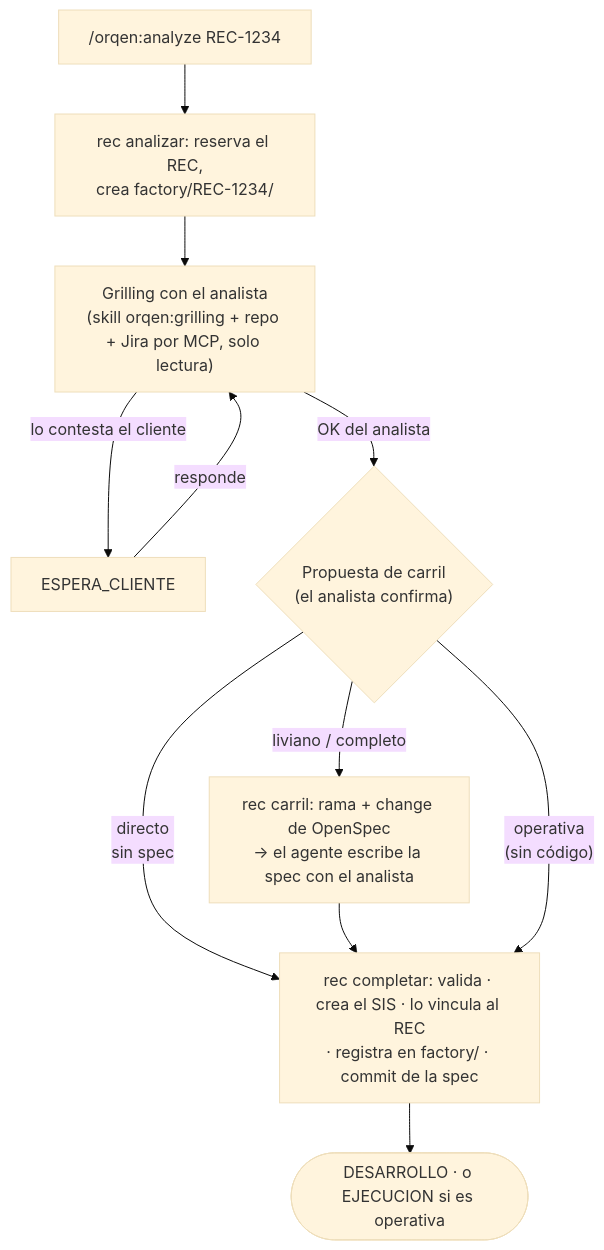
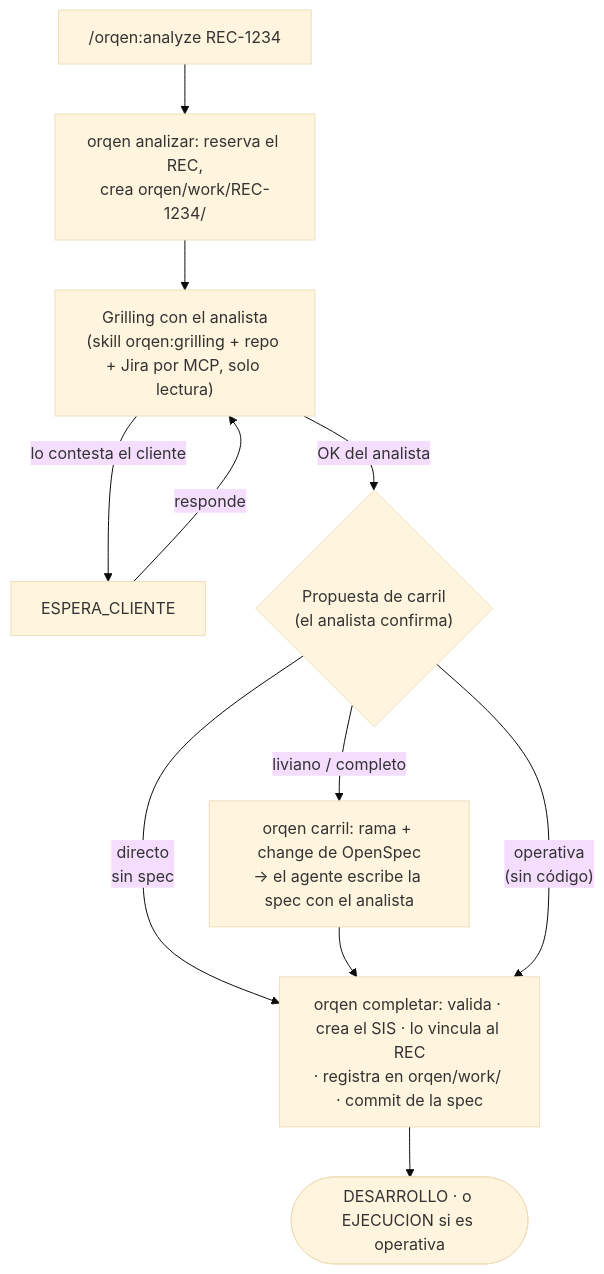
The first of 3 diagrams in README.md (sistemas-telpin/orqen), drawn with Mermaid (base theme) before and after one commit. The commit also changed other lines of this file and 22 other files, not shown here.

````diff
--- a/README.md
+++ b/README.md
@@ -22,11 +22,11 @@
 ```mermaid
 flowchart TD
-    A["/orqen:analyze REC-1234"] --> B["rec analizar: reserva el REC,<br/>crea factory/REC-1234/"]
+    A["/orqen:analyze REC-1234"] --> B["orqen analizar: reserva el REC,<br/>crea orqen/work/REC-1234/"]
     B --> C["Grilling con el analista<br/>(skill orqen:grilling + repo + Jira por MCP, solo lectura)"]
     C -->|"lo contesta el cliente"| W["ESPERA_CLIENTE"] -->|"responde"| C
     C -->|"OK del analista"| D{"Propuesta de carril<br/>(el analista confirma)"}
     D -->|"directo<br/>sin spec"| G
-    D -->|"liviano / completo"| E["rec carril: rama + change de OpenSpec<br/>→ el agente escribe la spec con el analista"] --> G
+    D -->|"liviano / completo"| E["orqen carril: rama + change de OpenSpec<br/>→ el agente escribe la spec con el analista"] --> G
     D -->|"operativa<br/>(sin código)"| G
-    G["rec completar: valida · crea el SIS · lo vincula al REC<br/>· registra en factory/ · commit de la spec"] --> H(["DESARROLLO · o EJECUCION si es operativa"])
+    G["orqen completar: valida · crea el SIS · lo vincula al REC<br/>· registra en orqen/work/ · commit de la spec"] --> H(["DESARROLLO · o EJECUCION si es operativa"])
 ```
````
